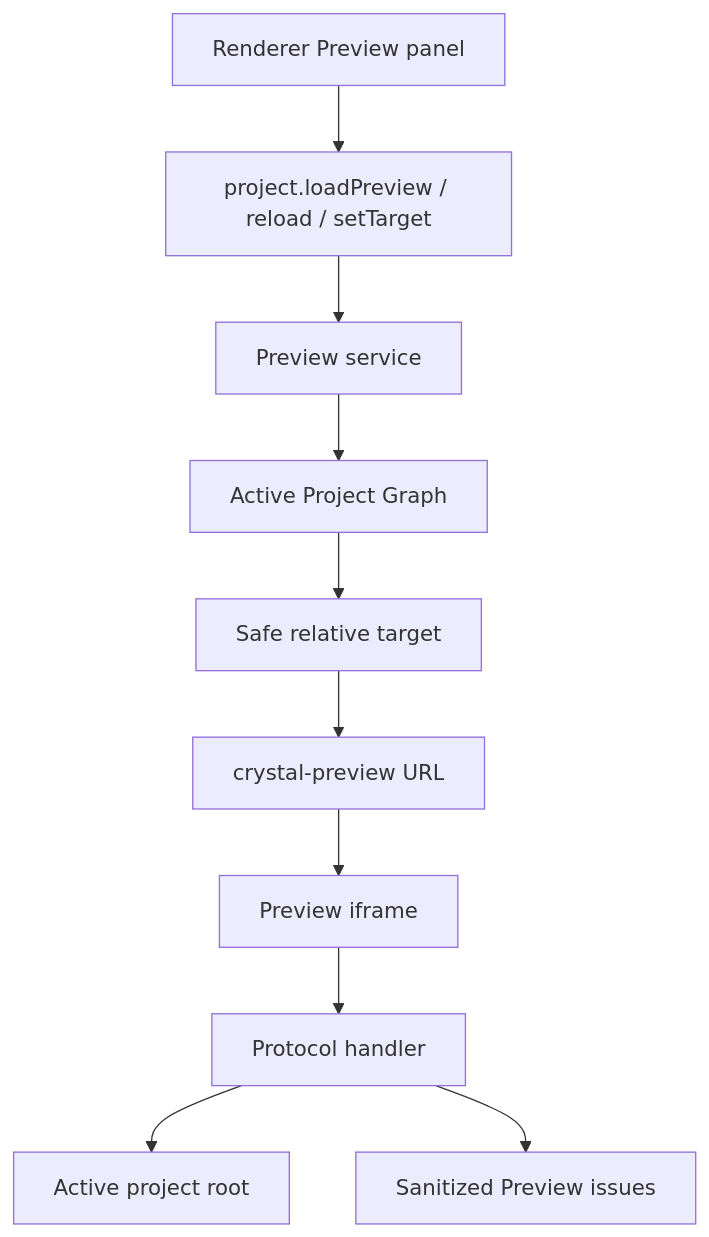
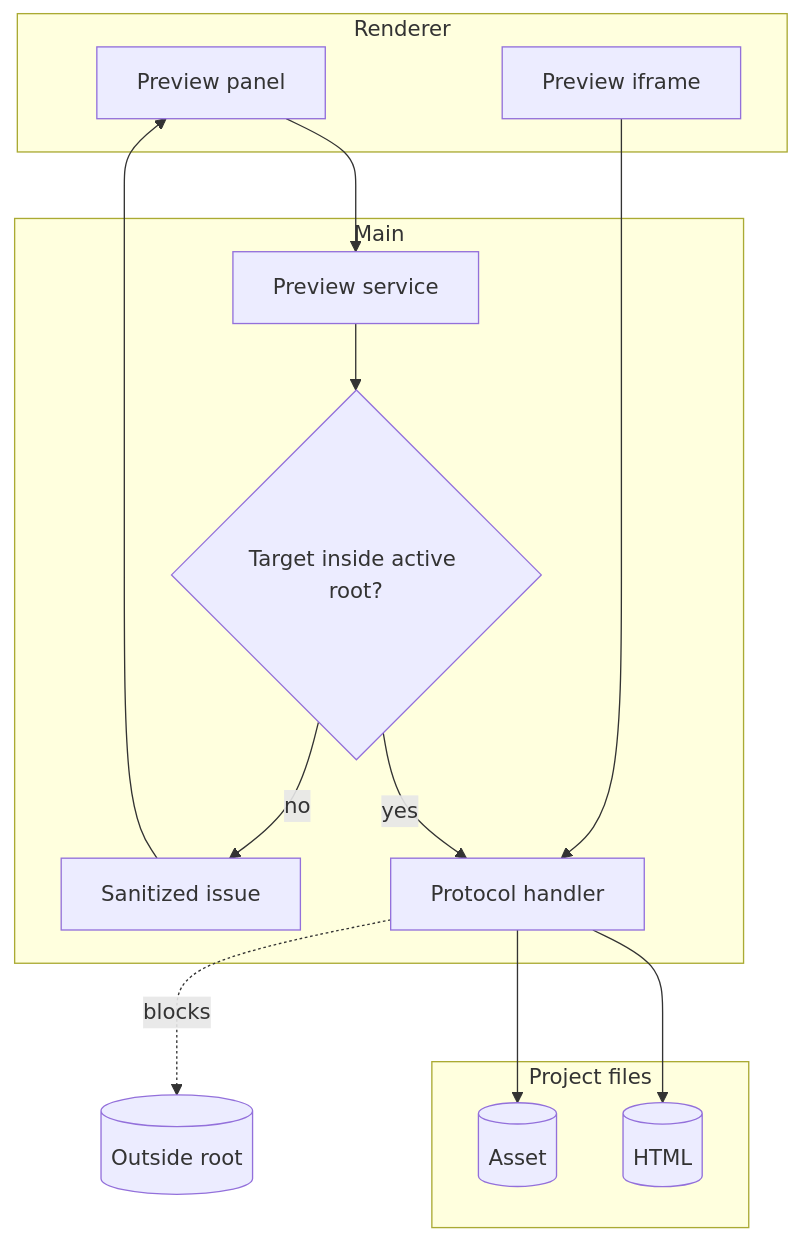
One commit to krestosa/Crystal changed the diagram in docs/architecture/preview/project-preview.md. Above: the diagram before and after it, drawn with Mermaid. The commit also changed other lines of this file and 12 other files, not shown here.

````diff
--- a/docs/architecture/preview/project-preview.md
+++ b/docs/architecture/preview/project-preview.md
@@ -15,12 +67,25 @@
 ```mermaid
 flowchart TD
-  Renderer[Renderer Preview panel] --> Preload[project.loadPreview / reload / setTarget]
-  Preload --> Main[Preview service]
-  Main --> Graph[Active Project Graph]
-  Graph --> Target[Safe relative target]
-  Target --> URL[crystal-preview URL]
-  URL --> Iframe[Preview iframe]
-  Iframe --> Protocol[Protocol handler]
-  Protocol --> ProjectRoot[Active project root]
-  Protocol --> Issues[Sanitized Preview issues]
+  subgraph Renderer[Renderer]
+    Panel[Preview panel]
+    Iframe[Preview iframe]
+  end
+
+  subgraph Main[Main]
+    Service[Preview service]
+    Target{Target inside active root?}
+    Protocol[Protocol handler]
+    Issue[Sanitized issue]
+  end
+
+  subgraph Files[Project files]
+    HTML[(HTML)]
+    Asset[(Asset)]
+  end
+
+  Panel --> Service --> Target
+  Target -->|yes| Protocol --> HTML
+  Iframe --> Protocol --> Asset
+  Target -->|no| Issue --> Panel
+  Protocol -. blocks .-> Outside[(Outside root)]
 ```
````
